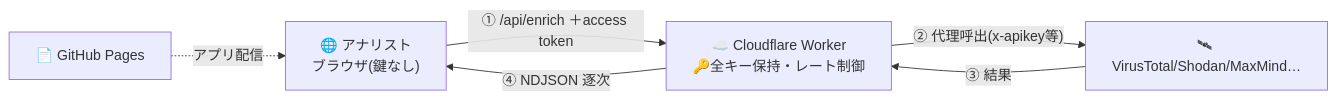
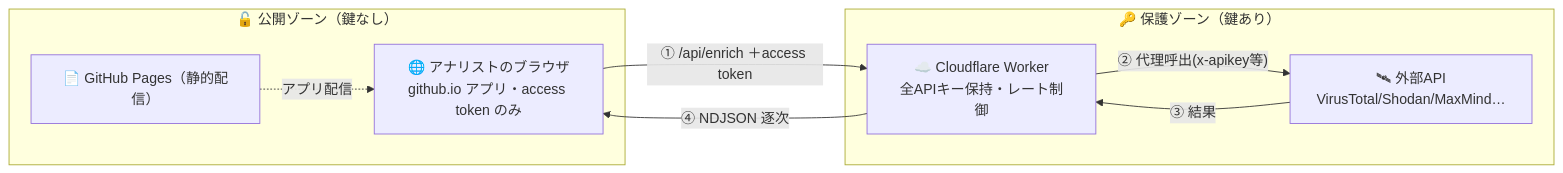
Before and after one commit to Waganawa-Megumin/vteeee: the fourth of 4 diagrams in docs/architecture-infographic-brief.ja.md, drawn with Mermaid. The commit also changed other lines of this file, not shown here.

Commit message:
docs: separate control-plane (DevSecOps) from data-plane (public/protected zones)
Fix a plane mix-up in the infographic brief: the "public zone (no keys) /
protected zone (keys)" trust boundary is a RUNTIME (data-plane) concept —
the analyst's browser vs the Worker. It must NOT be overlaid on the
DevSecOps loop. The whole loop (human ⇄ Claude Code ⇄ GitHub ⇄ Cloudflare)
is an authenticated control plane — the human directs Claude Code from
inside an authenticated Claude login, so "① instruction" is not the public
zone. Rework §4 into the data-plane view with the two zones, add the plane
distinction to §3/§6, and a Do/Don't rule.

Claude-Session: https://claude.ai/code/session_01RwH64aVqVbJVCEbWDZDzZc

````diff
--- a/docs/architecture-infographic-brief.ja.md
+++ b/docs/architecture-infographic-brief.ja.md
@@ -133,7 +134,15 @@
 ```mermaid
 flowchart LR
-  U["🌐 アナリスト<br/>ブラウザ(鍵なし)"] -->|"① /api/enrich ＋access token"| W["☁️ Cloudflare Worker<br/>🔑全キー保持・レート制御"]
-  W -->|"② 代理呼出(x-apikey等)"| V["🛰 VirusTotal/Shodan/MaxMind…"]
+  subgraph PUB["🔓 公開ゾーン（鍵なし）"]
+    U["🌐 アナリストのブラウザ<br/>github.io アプリ・access token のみ"]
+    P["📄 GitHub Pages（静的配信）"]
+  end
+  subgraph PROT["🔑 保護ゾーン（鍵あり）"]
+    W["☁️ Cloudflare Worker<br/>全APIキー保持・レート制御"]
+    V["🛰 外部API<br/>VirusTotal/Shodan/MaxMind…"]
+  end
+  P -. アプリ配信 .-> U
+  U -->|"① /api/enrich ＋access token"| W
+  W -->|"② 代理呼出(x-apikey等)"| V
   V -->|"③ 結果"| W -->|"④ NDJSON 逐次"| U
-  P["📄 GitHub Pages"] -. "アプリ配信" .-> U
 ```
````
